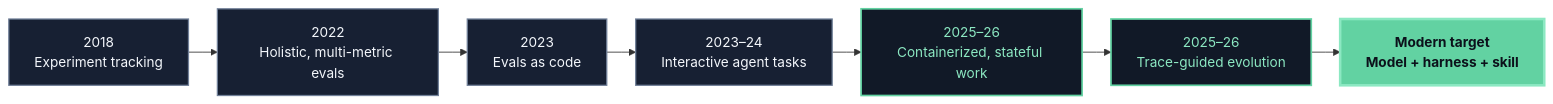
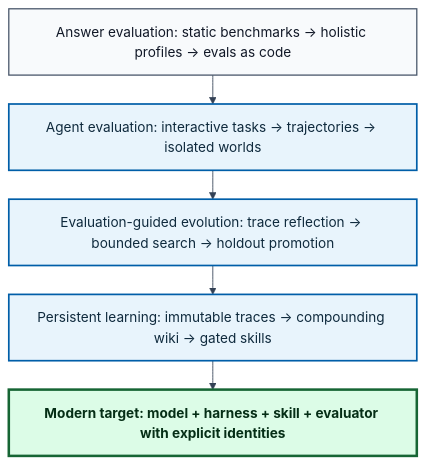
Before and after one commit to gvillarroel/blog: the first of 2 diagrams in src/content/posts/from-benchmarks-to-skill-evolution.md, drawn with Mermaid. The commit also changed other lines of this file and 35 other files, not shown here.

Commit message:
publish WikiSkill evaluation guide and light visual system

````diff
--- a/src/content/posts/from-benchmarks-to-skill-evolution.md
+++ b/src/content/posts/from-benchmarks-to-skill-evolution.md
@@ -155,17 +173,18 @@
 ```mermaid
-%%{init: {"flowchart": {"curve": "linear", "nodeSpacing": 18, "rankSpacing": 34}}}%%
-flowchart LR
-  E1["2018<br/>Experiment tracking"] --> E2["2022<br/>Holistic, multi-metric evals"]
-  E2 --> E3["2023<br/>Evals as code"]
-  E3 --> E4["2023–24<br/>Interactive agent tasks"]
-  E4 --> E5["2025–26<br/>Containerized, stateful work"]
-  E5 --> E6["2025–26<br/>Trace-guided evolution"]
-  E6 --> E7["Modern target<br/>Model + harness + skill"]
+%%{init: {"theme": "base", "themeVariables": {"fontFamily": "Arial, sans-serif", "primaryColor": "#ffffff", "primaryTextColor": "#111827", "primaryBorderColor": "#334155", "lineColor": "#334155", "secondaryColor": "#f8fafc", "tertiaryColor": "#e8f4fc", "background": "#ffffff", "clusterBkg": "#f8fafc", "clusterBorder": "#64748b", "edgeLabelBackground": "#ffffff"}, "themeCSS": ".nodeLabel, .edgeLabel, .cluster-label { font-family: Arial, sans-serif !important; }", "flowchart": {"curve": "basis", "nodeSpacing": 30, "rankSpacing": 34, "wrappingWidth": 420}}}%%
+flowchart TB
+  A["Answer evaluation: static benchmarks -> holistic profiles -> evals as code"]
+  B["Agent evaluation: interactive tasks -> trajectories -> isolated worlds"]
+  C["Evaluation-guided evolution: trace reflection -> bounded search -> holdout promotion"]
+  D["Persistent learning: immutable traces -> compounding wiki -> gated skills"]
+  E["Modern target: model + harness + skill + evaluator with explicit identities"]
 
-  classDef past fill:#172033,stroke:#718099,color:#f3f6fb,stroke-width:1.5px;
-  classDef transition fill:#111927,stroke:#62d2a2,color:#8ce8c2,stroke-width:2px;
-  classDef target fill:#62d2a2,stroke:#8ce8c2,color:#0c111b,stroke-width:3px,font-weight:bold;
-  class E1,E2,E3,E4 past;
-  class E5,E6 transition;
-  class E7 target;
+  A --> B --> C --> D --> E
+
+  classDef foundation fill:#f8fafc,stroke:#475569,color:#111827,stroke-width:1.5px;
+  classDef transition fill:#e8f4fc,stroke:#005ea8,color:#0f2a3d,stroke-width:2px;
+  classDef target fill:#dcfce7,stroke:#166534,color:#052e16,stroke-width:3px,font-weight:bold;
+  class A foundation;
+  class B,C,D transition;
+  class E target;
 ```
````
